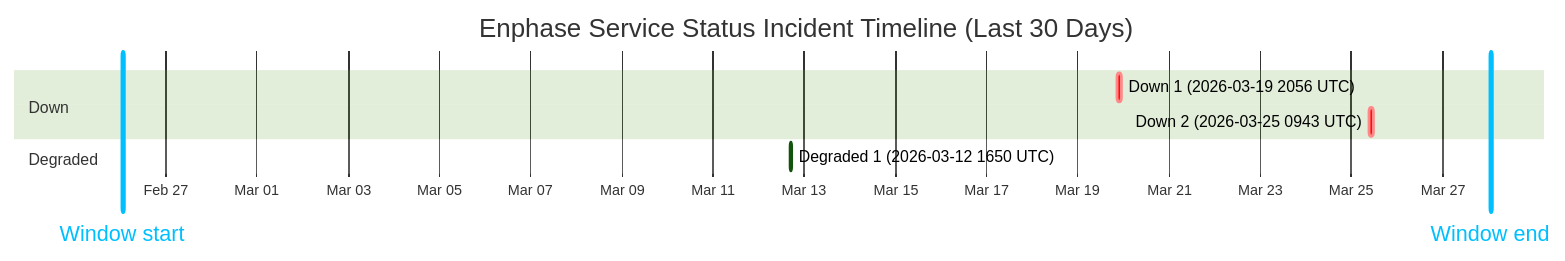
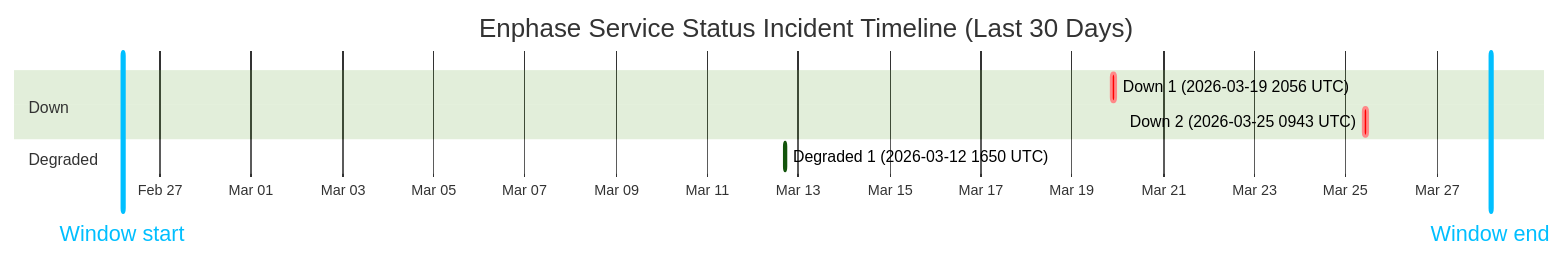
The diagram in wiki/Service-Status-History.md (barneyonline/ha-enphase-ev-charger), drawn with Mermaid (forest theme) before and after one commit. The commit also changed other lines of this file and 3 other files, not shown here.

````diff
--- a/wiki/Service-Status-History.md
+++ b/wiki/Service-Status-History.md
@@ -14,13 +14,13 @@
 ```mermaid
 gantt
     title Enphase Service Status Incident Timeline (Last 30 Days)
     dateFormat  YYYY-MM-DDTHH:mm:ss
     axisFormat  %b %d
-    Window start :vert, window-start, 2026-02-26T01:17:30, 0ms
-    Window end :vert, window-end, 2026-03-28T01:17:30, 0ms
+    Window start :vert, window-start, 2026-02-26T04:10:56, 0ms
+    Window end :vert, window-end, 2026-03-28T04:10:56, 0ms
     section Down
     Down 1 (2026-03-19 2056 UTC) :crit, down-1, 2026-03-19T20:56:20, 145m
     Down 2 (2026-03-25 0943 UTC) :crit, down-2, 2026-03-25T09:43:28, 111m
     section Degraded
     Degraded 1 (2026-03-12 1650 UTC) :active, degraded-1, 2026-03-12T16:50:43, 60m
 ```
````
